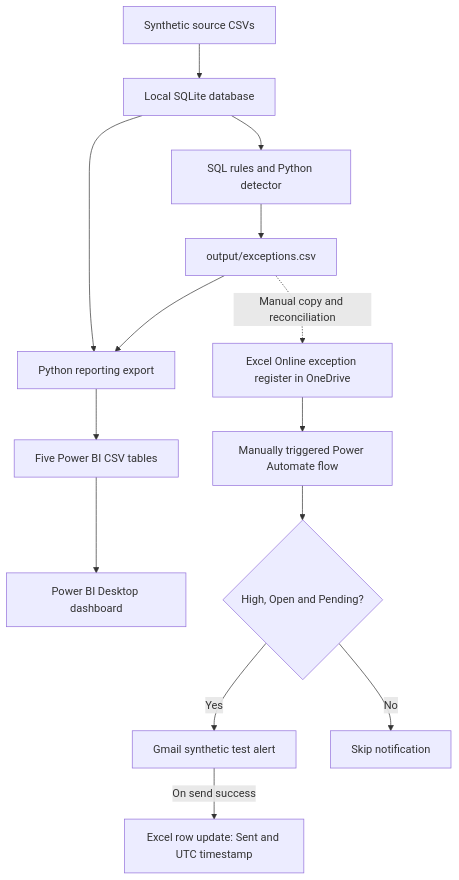
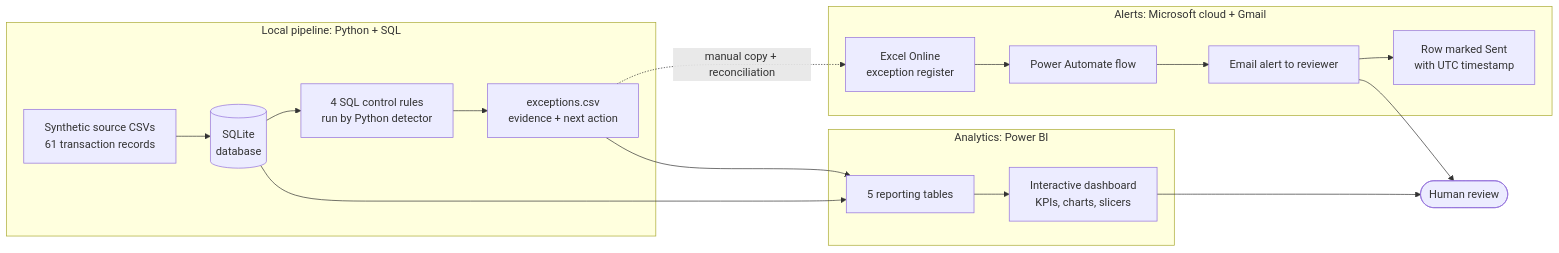
The first of 4 diagrams in README.md (gayashan-indrasankha/grc-risk-monitor), drawn with Mermaid before and after one commit. The commit also changed other lines of this file and 4 other files, not shown here.

Commit message:
docs: rewrite README for recruiters with diagrams and project screenshots

````diff
--- a/README.md
+++ b/README.md
@@ -35,16 +90,21 @@
 ```mermaid
-flowchart TD
-    A["Synthetic source CSVs"] --> B["Local SQLite database"]
-    B --> C["SQL rules and Python detector"]
-    C --> D["output/exceptions.csv"]
-    B --> E["Python reporting export"]
+flowchart LR
+    subgraph LOCAL["Local pipeline: Python + SQL"]
+        A["Synthetic source CSVs<br/>61 transaction records"] --> B[("SQLite<br/>database")]
+        B --> C["4 SQL control rules<br/>run by Python detector"]
+        C --> D["exceptions.csv<br/>evidence + next action"]
+    end
+    subgraph BI["Analytics: Power BI"]
+        E["5 reporting tables"] --> F["Interactive dashboard<br/>KPIs, charts, slicers"]
+    end
+    subgraph CLOUD["Alerts: Microsoft cloud + Gmail"]
+        G["Excel Online<br/>exception register"] --> H["Power Automate flow"]
+        H --> I["Email alert to reviewer"]
+        I --> J["Row marked Sent<br/>with UTC timestamp"]
+    end
+    B --> E
     D --> E
-    E --> F["Five Power BI CSV tables"]
-    F --> G["Power BI Desktop dashboard"]
-    D -.->|Manual copy and reconciliation| H["Excel Online exception register in OneDrive"]
-    H --> I["Manually triggered Power Automate flow"]
-    I --> J{"High, Open and Pending?"}
-    J -->|Yes| K["Gmail synthetic test alert"]
-    K -->|On send success| L["Excel row update: Sent and UTC timestamp"]
-    J -->|No| M["Skip notification"]
+    D -. "manual copy + reconciliation" .-> G
+    F --> K(["Human review"])
+    I --> K
 ```
````
